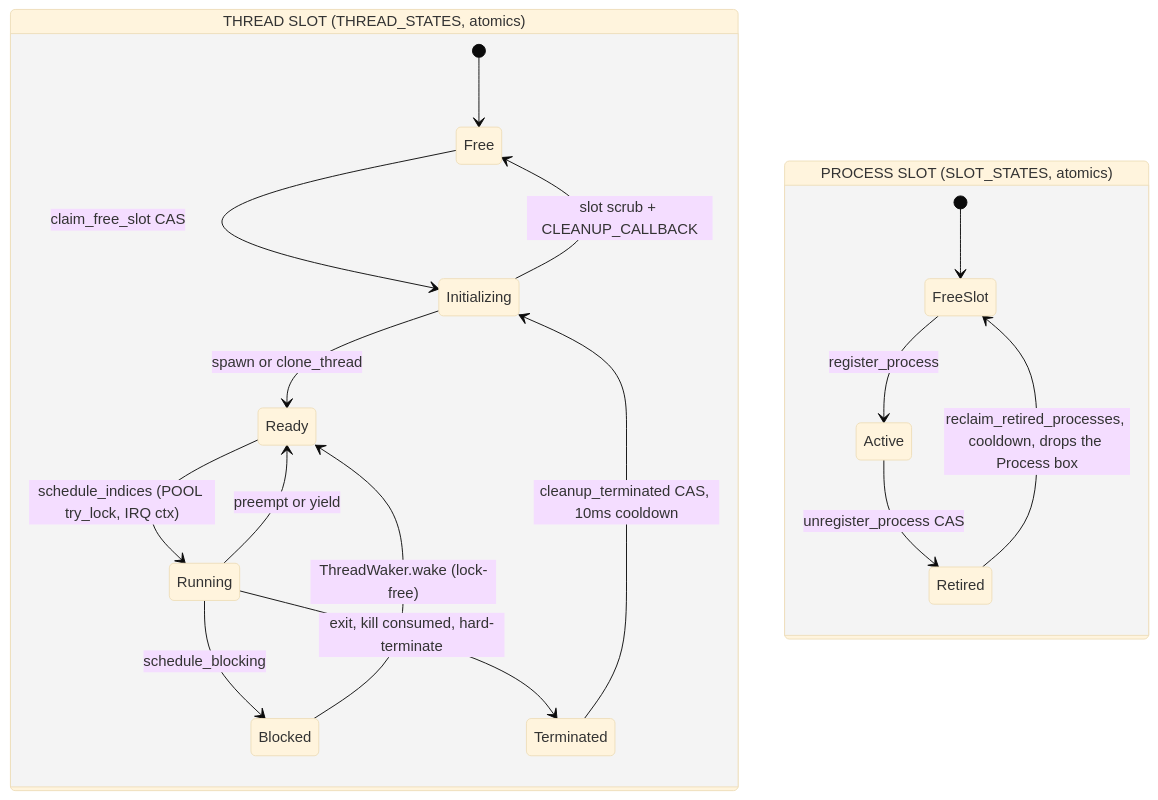
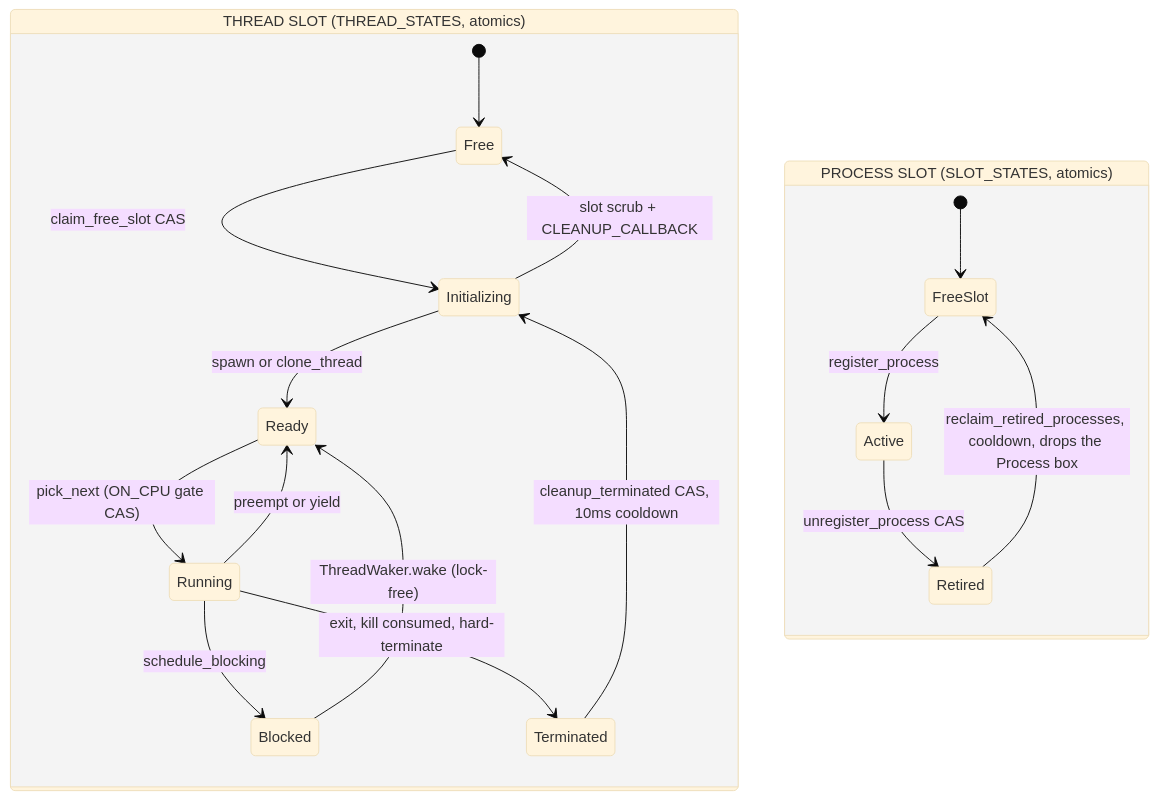
One commit to netoneko/akuma changed the diagram in docs/reference/subsystems/thread-lifecycle.md. Above: the diagram before and after it, drawn with Mermaid (base theme). The commit also changed 47 other files, not shown here.

````diff
--- a/docs/reference/subsystems/thread-lifecycle.md
+++ b/docs/reference/subsystems/thread-lifecycle.md
@@ -18,22 +18,22 @@
 ```mermaid
 stateDiagram-v2
     state "THREAD SLOT (THREAD_STATES, atomics)" as T {
         [*] --> Free
         Free --> Initializing : claim_free_slot CAS
         Initializing --> Ready : spawn or clone_thread
-        Ready --> Running : schedule_indices (POOL try_lock, IRQ ctx)
+        Ready --> Running : pick_next (ON_CPU gate CAS)
         Running --> Ready : preempt or yield
         Running --> Blocked : schedule_blocking
         Blocked --> Ready : ThreadWaker.wake (lock-free)
         Running --> Terminated : exit, kill consumed, hard-terminate
         Terminated --> Initializing : cleanup_terminated CAS, 10ms cooldown
         Initializing --> Free : slot scrub + CLEANUP_CALLBACK
     }
 
     state "PROCESS SLOT (SLOT_STATES, atomics)" as P {
         [*] --> FreeSlot
         FreeSlot --> Active : register_process
         Active --> Retired : unregister_process CAS
         Retired --> FreeSlot : reclaim_retired_processes, cooldown, drops the Process box
     }
 ```
````
